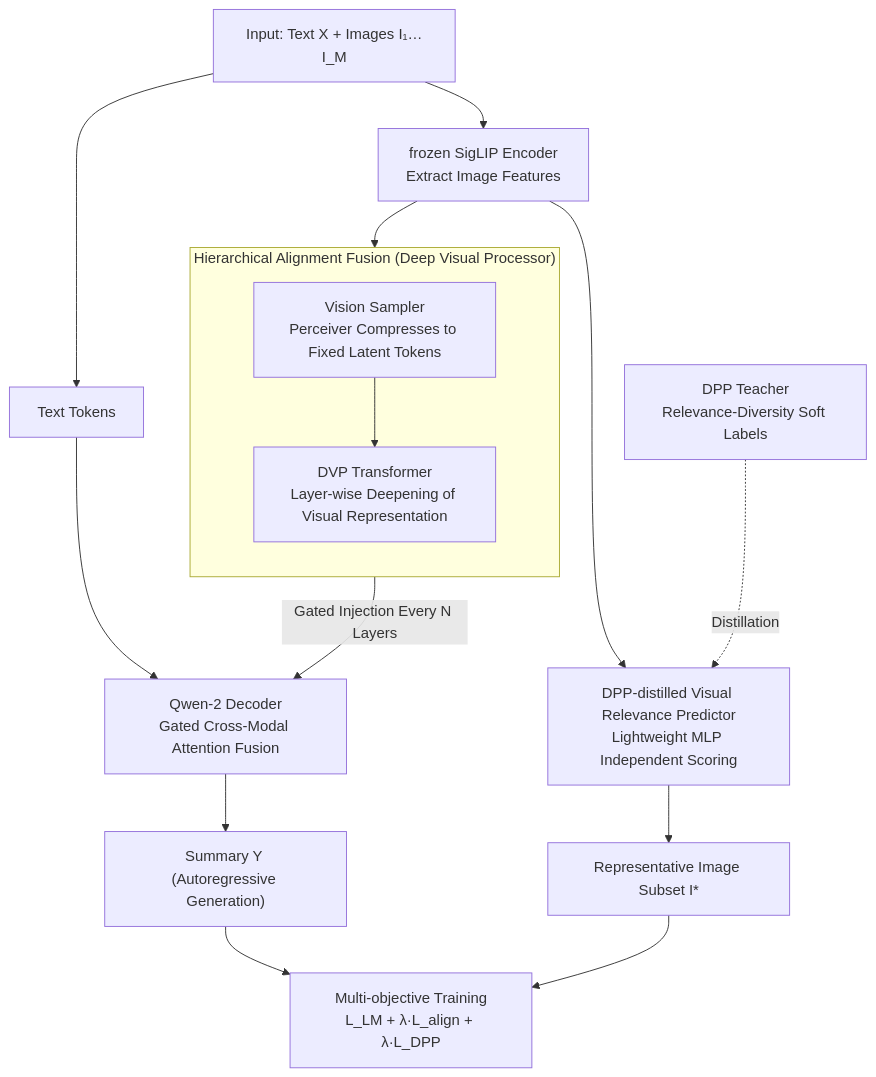
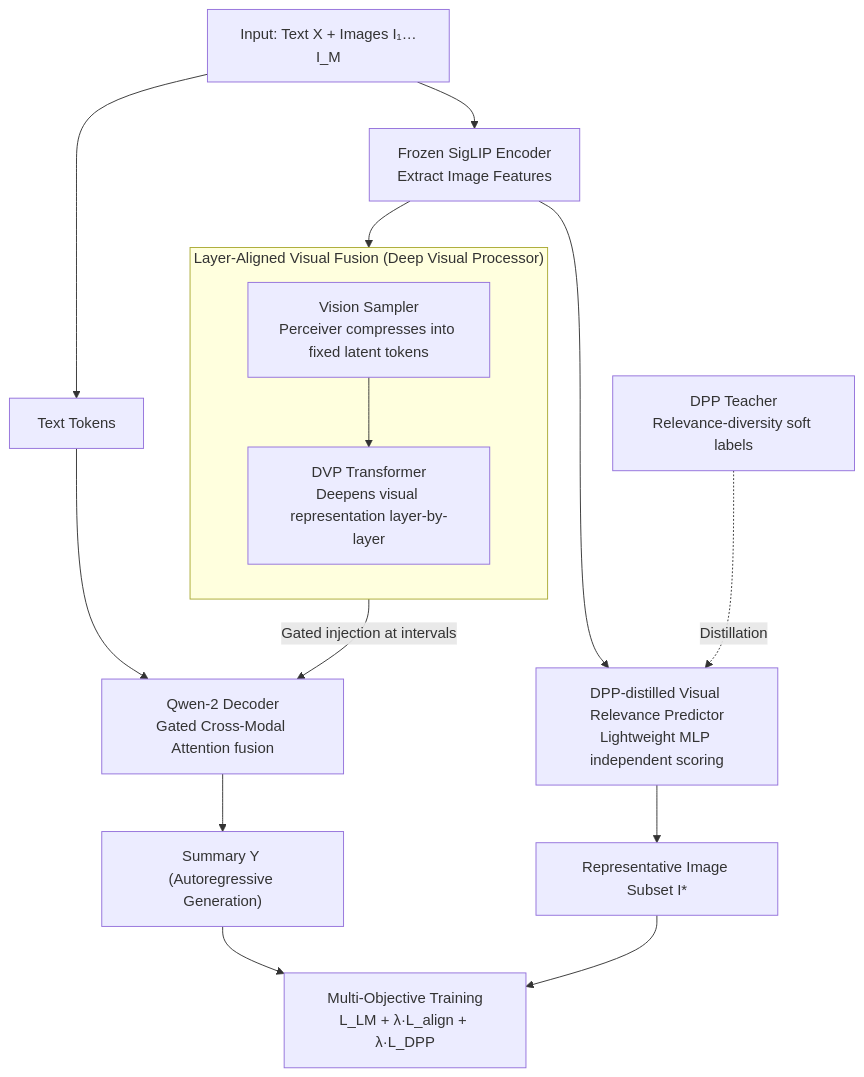
Before and after one commit to zhaoyang97/Paper-Notes-en: the diagram in docs/ACL2026/multimodal_vlm/towards_visually_grounded_multimodal_summarization_via_cross-modal_transformer_a.md, drawn with Mermaid. The commit also changed other lines of this file and 5084 other files, not shown here.

````diff
--- a/docs/ACL2026/multimodal_vlm/towards_visually_grounded_multimodal_summarization_via_cross-modal_transformer_a.md
+++ b/docs/ACL2026/multimodal_vlm/towards_visually_grounded_multimodal_summarization_via_cross-modal_transformer_a.md
@@ -43,19 +43,19 @@
 ```mermaid
 flowchart TD
     IN["Input: Text X + Images I₁…I_M"]
-    IN --> ENC["frozen SigLIP Encoder<br/>Extract Image Features"]
+    IN --> ENC["Frozen SigLIP Encoder<br/>Extract Image Features"]
     IN --> TXT["Text Tokens"]
-    subgraph DVP["Hierarchical Alignment Fusion (Deep Visual Processor)"]
+    subgraph DVP["Layer-Aligned Visual Fusion (Deep Visual Processor)"]
         direction TB
-        VS["Vision Sampler<br/>Perceiver Compresses to Fixed Latent Tokens"] --> DEEP["DVP Transformer<br/>Layer-wise Deepening of Visual Representation"]
+        VS["Vision Sampler<br/>Perceiver compresses into fixed latent tokens"] --> DEEP["DVP Transformer<br/>Deepens visual representation layer-by-layer"]
     end
     ENC --> VS
-    DEEP -->|Gated Injection Every N Layers| LLM["Qwen-2 Decoder<br/>Gated Cross-Modal Attention Fusion"]
+    DEEP -->|Gated injection at intervals| LLM["Qwen-2 Decoder<br/>Gated Cross-Modal Attention fusion"]
     TXT --> LLM
     LLM --> Y["Summary Y (Autoregressive Generation)"]
-    ENC --> VRP["DPP-distilled Visual Relevance Predictor<br/>Lightweight MLP Independent Scoring"]
-    DPP["DPP Teacher<br/>Relevance-Diversity Soft Labels"] -.Distillation.-> VRP
+    ENC --> VRP["DPP-distilled Visual Relevance Predictor<br/>Lightweight MLP independent scoring"]
+    DPP["DPP Teacher<br/>Relevance-diversity soft labels"] -.Distillation.-> VRP
     VRP --> SEL["Representative Image Subset I*"]
-    Y --> OBJ["Multi-objective Training<br/>L_LM + λ·L_align + λ·L_DPP"]
+    Y --> OBJ["Multi-Objective Training<br/>L_LM + λ·L_align + λ·L_DPP"]
     SEL --> OBJ
 ```
````
